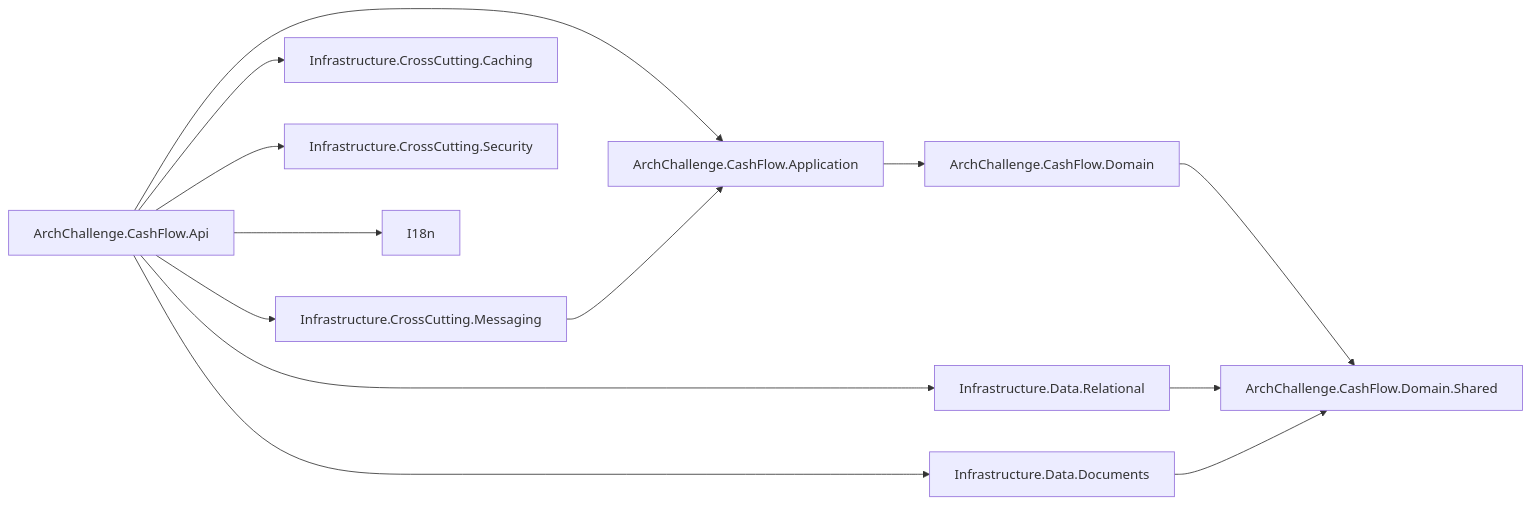
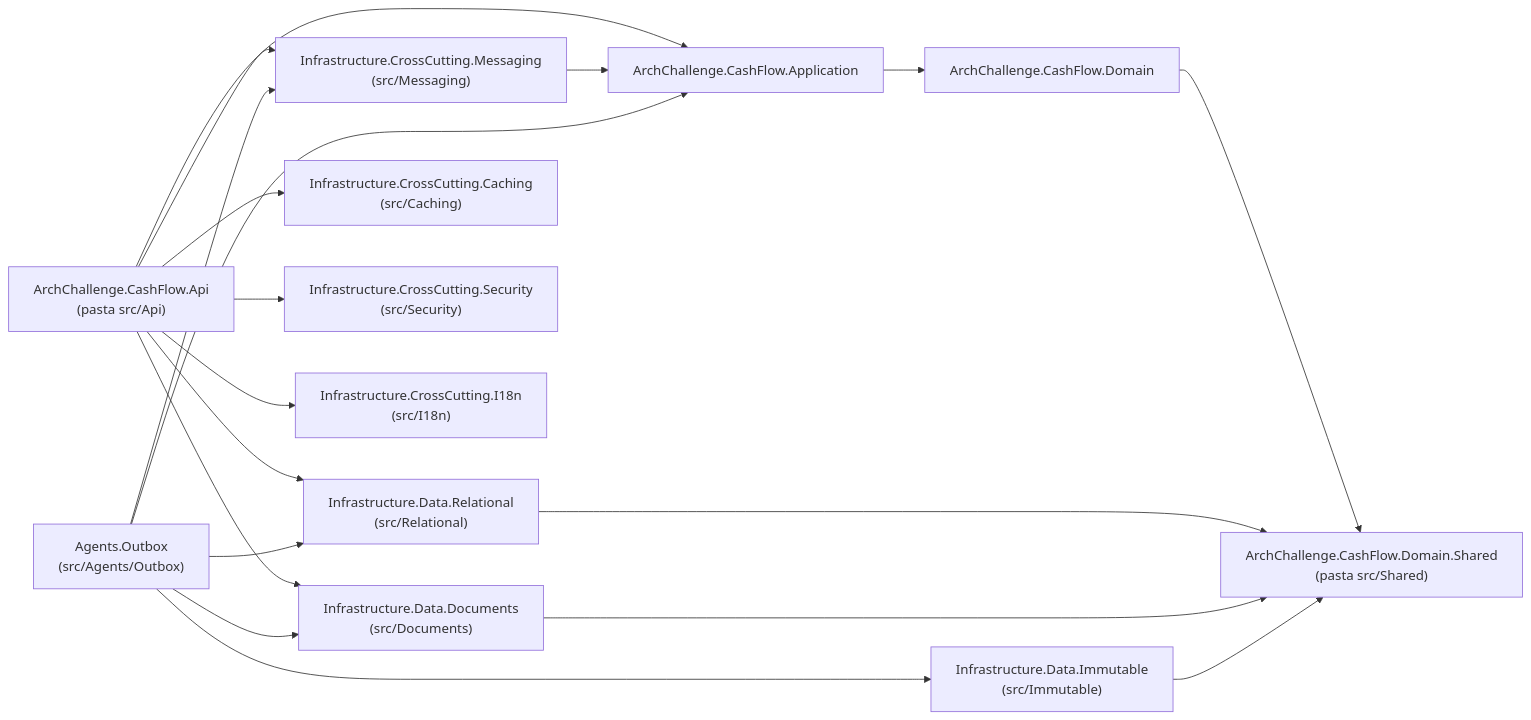
The first of 2 diagrams in docs/architecture/cashflow/README.md (filipececcon/arch-challenge), drawn with Mermaid before and after one commit. The commit also changed other lines of this file and 38 other files, not shown here.

First line of the commit message:
Refactor Cashflow architecture docs for account aggregate and unified outbox

````diff
--- a/docs/architecture/cashflow/README.md
+++ b/docs/architecture/cashflow/README.md
@@ -17,29 +17,38 @@
 ```mermaid
 flowchart LR
-  Api["ArchChallenge.CashFlow.Api"]
+  Api["ArchChallenge.CashFlow.Api<br/>(pasta src/Api)"]
   App["ArchChallenge.CashFlow.Application"]
   Dom["ArchChallenge.CashFlow.Domain"]
-  DSh["ArchChallenge.CashFlow.Domain.Shared"]
-  Rel["Infrastructure.Data.Relational"]
-  Doc["Infrastructure.Data.Documents"]
-  Msg["Infrastructure.CrossCutting.Messaging"]
-  Cch["Infrastructure.CrossCutting.Caching"]
-  Sec["Infrastructure.CrossCutting.Security"]
-  I18n["I18n"]
+  DSh["ArchChallenge.CashFlow.Domain.Shared<br/>(pasta src/Shared)"]
+  Rel["Infrastructure.Data.Relational<br/>(src/Relational)"]
+  Doc["Infrastructure.Data.Documents<br/>(src/Documents)"]
+  Msg["Infrastructure.CrossCutting.Messaging<br/>(src/Messaging)"]
+  Cch["Infrastructure.CrossCutting.Caching<br/>(src/Caching)"]
+  Sec["Infrastructure.CrossCutting.Security<br/>(src/Security)"]
+  I18n["Infrastructure.CrossCutting.I18n<br/>(src/I18n)"]
+  Imm["Infrastructure.Data.Immutable<br/>(src/Immutable)"]
+  Agt["Agents.Outbox<br/>(src/Agents/Outbox)"]
 
   Api --> App
   App --> Dom
   Dom --> DSh
 
   Api --> Rel
   Api --> Doc
   Api --> Msg
   Api --> Cch
   Api --> Sec
   Api --> I18n
 
   Rel --> DSh
   Doc --> DSh
+  Imm --> DSh
 
   Msg --> App
+
+  Agt --> Rel
+  Agt --> Doc
+  Agt --> Imm
+  Agt --> Msg
+  Agt --> App
 ```
````
